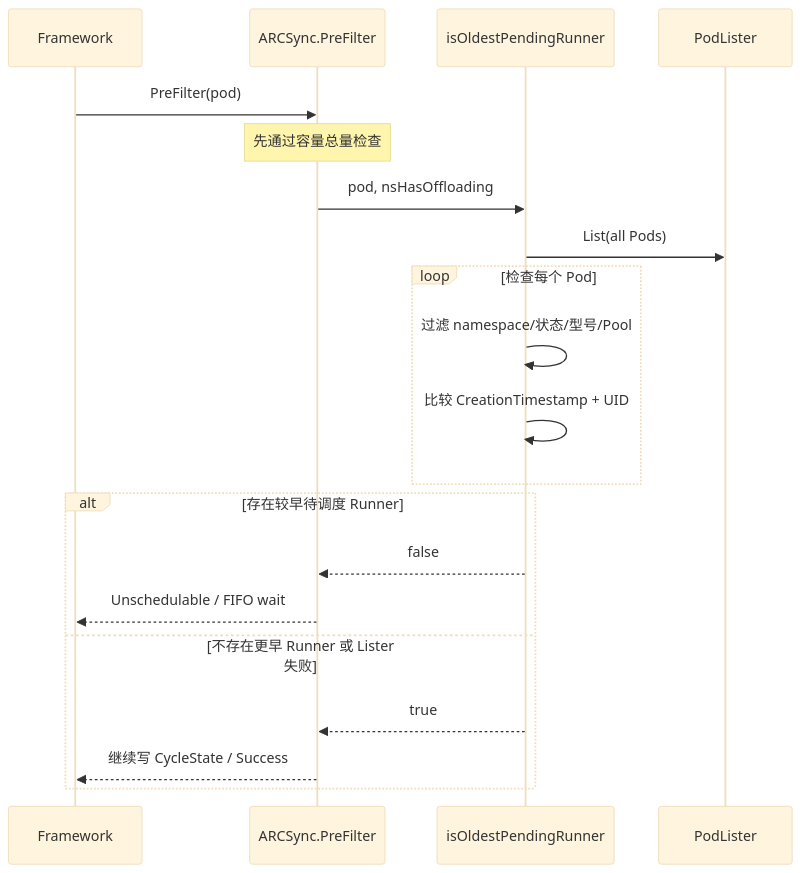
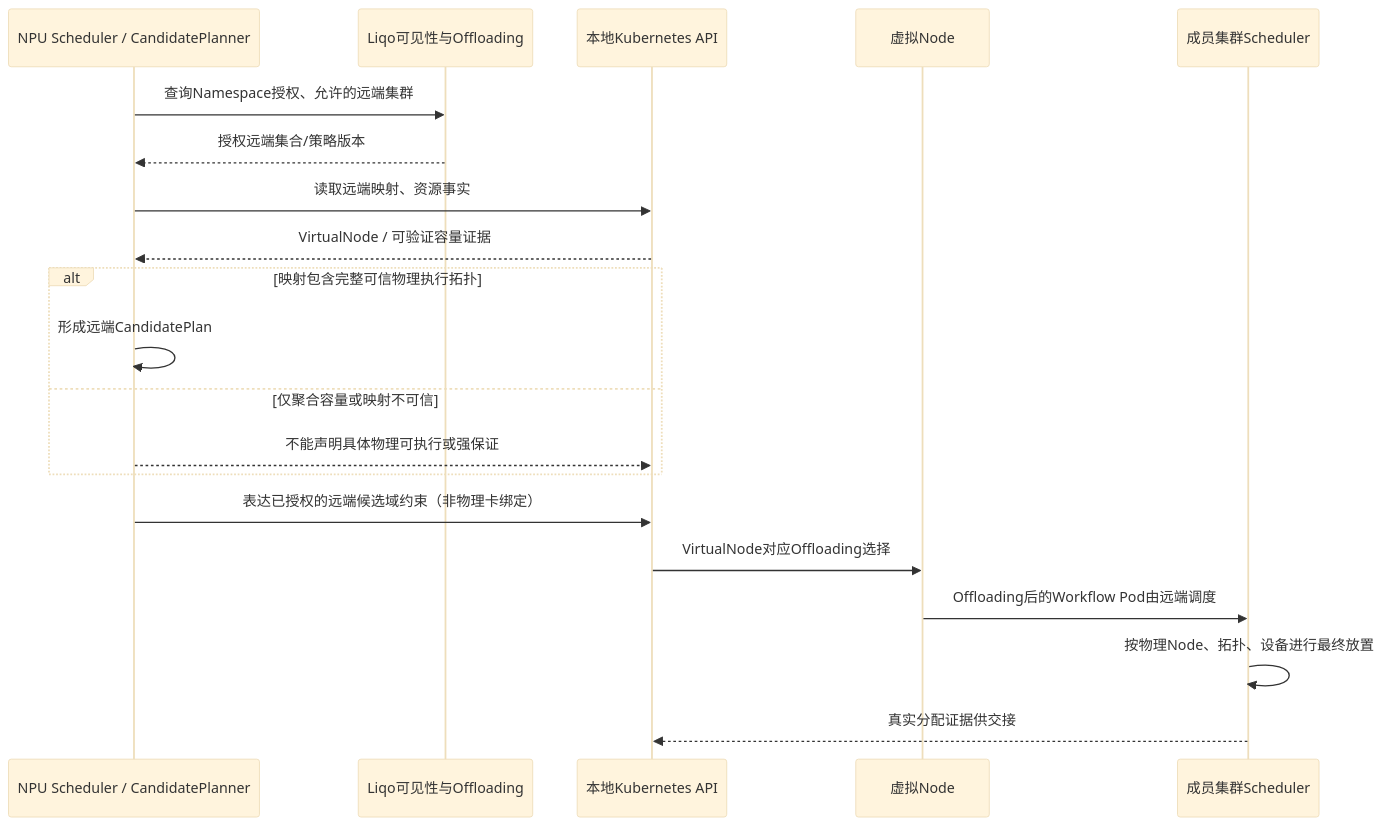
Before and after one commit to ascend-gha-runners/scheduler-plugins: the seventh of 9 diagrams in docs/system-design.md, drawn with Mermaid (base theme). The commit also changed other lines of this file, not shown here.

First line of the commit message:
docs: target-state ARC NPU scheduler architecture and DFX design

````diff
--- a/docs/system-design.md
+++ b/docs/system-design.md
@@ -1399,22 +791,22 @@
-```mermaid
+~~~mermaid
 sequenceDiagram
-  participant FW as Framework
-  participant PF as ARCSync.PreFilter
-  participant FIFO as isOldestPendingRunner
-  participant L as PodLister
-  FW->>PF: PreFilter(pod)
-  Note over PF: 先通过容量总量检查
-  PF->>FIFO: pod, nsHasOffloading
-  FIFO->>L: List(all Pods)
-  loop 检查每个 Pod
-    FIFO->>FIFO: 过滤 namespace/状态/型号/Pool
-    FIFO->>FIFO: 比较 CreationTimestamp + UID
+  participant NS as NPU Scheduler / CandidatePlanner
+  participant L as Liqo可见性与Offloading
+  participant API as 本地Kubernetes API
+  participant VR as 虚拟Node
+  participant MC as 成员集群Scheduler
+  NS->>L: 查询Namespace授权、允许的远端集群
+  L-->>NS: 授权远端集合/策略版本
+  NS->>API: 读取远端映射、资源事实
+  API-->>NS: VirtualNode / 可验证容量证据
+  alt 映射包含完整可信物理执行拓扑
+    NS->>NS: 形成远端CandidatePlan
+  else 仅聚合容量或映射不可信
+    NS-->>API: 不能声明具体物理可执行或强保证
   end
-  alt 存在较早待调度 Runner
-    FIFO-->>PF: false
-    PF-->>FW: Unschedulable / FIFO wait
-  else 不存在更早 Runner 或 Lister 失败
-    FIFO-->>PF: true
-    PF-->>FW: 继续写 CycleState / Success
-  end
-```
+  NS->>API: 表达已授权的远端候选域约束（非物理卡绑定）
+  API->>VR: VirtualNode对应Offloading选择
+  VR->>MC: Offloading后的Workflow Pod由远端调度
+  MC->>MC: 按物理Node、拓扑、设备进行最终放置
+  MC-->>API: 真实分配证据供交接
+~~~
````
